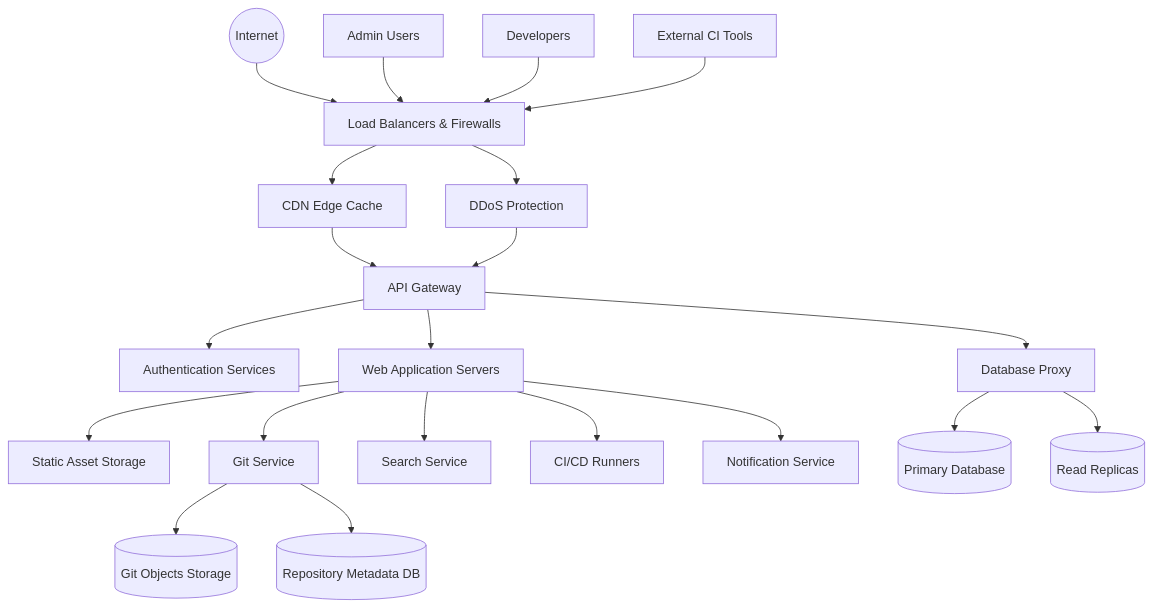
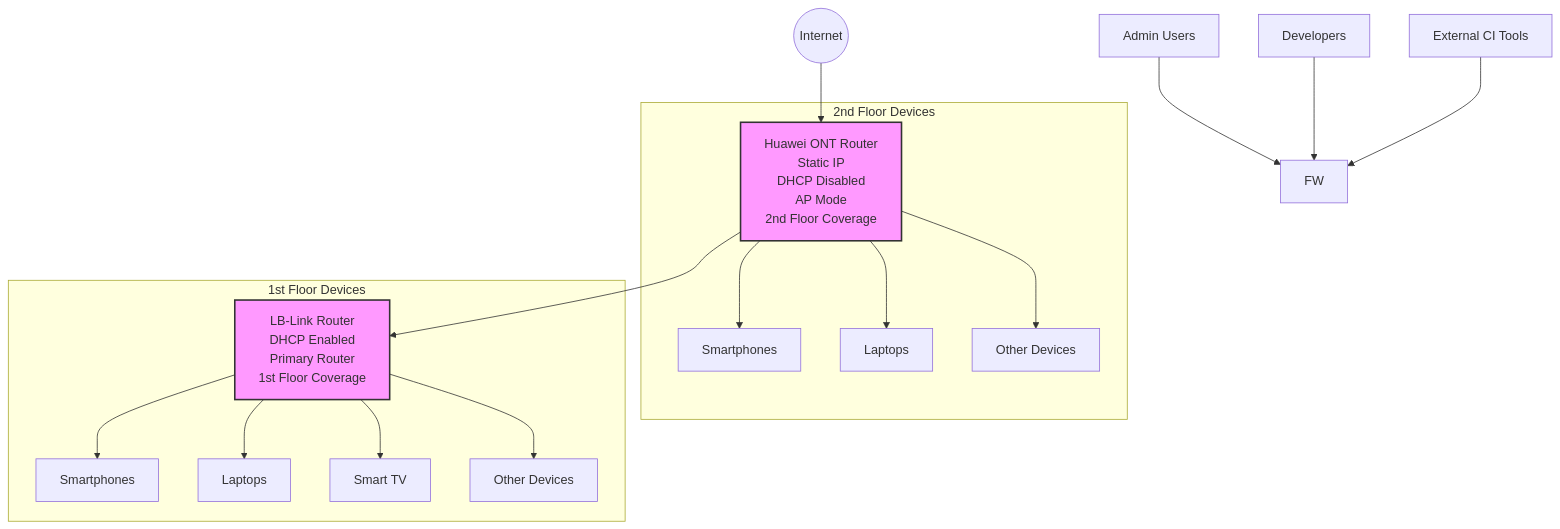
Before and after one commit to Hritika-bit/Wifi-Optimization: the diagram in README.md, drawn with Mermaid.

````diff
--- a/README.md
+++ b/README.md
@@ -24,28 +24,25 @@
 ```mermaid
 graph TD
-    Internet((Internet)) --> FW[Load Balancers & Firewalls]
-    FW --> CDN[CDN Edge Cache]
-    FW --> DDoS[DDoS Protection]
-    CDN --> API[API Gateway]
-    DDoS --> API
+    Internet((Internet)) --> ONU[Huawei ONT Router<br/>Static IP<br/>DHCP Disabled<br/>AP Mode<br/>2nd Floor Coverage]
+    ONU --> LBL[LB-Link Router<br/>DHCP Enabled<br/>Primary Router<br/>1st Floor Coverage]
     
-    API --> Auth[Authentication Services]
-    API --> WebApp[Web Application Servers]
-    API --> DBProxy[Database Proxy]
+    subgraph "2nd Floor Devices"
+        ONU --> Phone2[Smartphones]
+        ONU --> Laptop2[Laptops]
+        ONU --> OtherDevices2[Other Devices]
+    end
     
-    WebApp --> StaticAssets[Static Asset Storage]
-    DBProxy --> PrimaryDB[(Primary Database)]
-    DBProxy --> ReadReplicas[(Read Replicas)]
+    subgraph "1st Floor Devices"
+        LBL --> Phone1[Smartphones]
+        LBL --> Laptop1[Laptops]
+        LBL --> SmartTV[Smart TV]
+        LBL --> OtherDevices1[Other Devices]
+    end
     
-    WebApp --> GitService[Git Service]
-    GitService --> ObjectStorage[(Git Objects Storage)]
-    GitService --> RepoDB[(Repository Metadata DB)]
-    
-    WebApp --> Search[Search Service]
-    WebApp --> CI_CD[CI/CD Runners]
-    WebApp --> Notification[Notification Service]
+    classDef router fill:#f9f,stroke:#333,stroke-width:2px;
+    class ONU,LBL router;
     
     Admin[Admin Users] --> FW
     Developers[Developers] --> FW
     CITools[External CI Tools] --> FW
 ```
````
